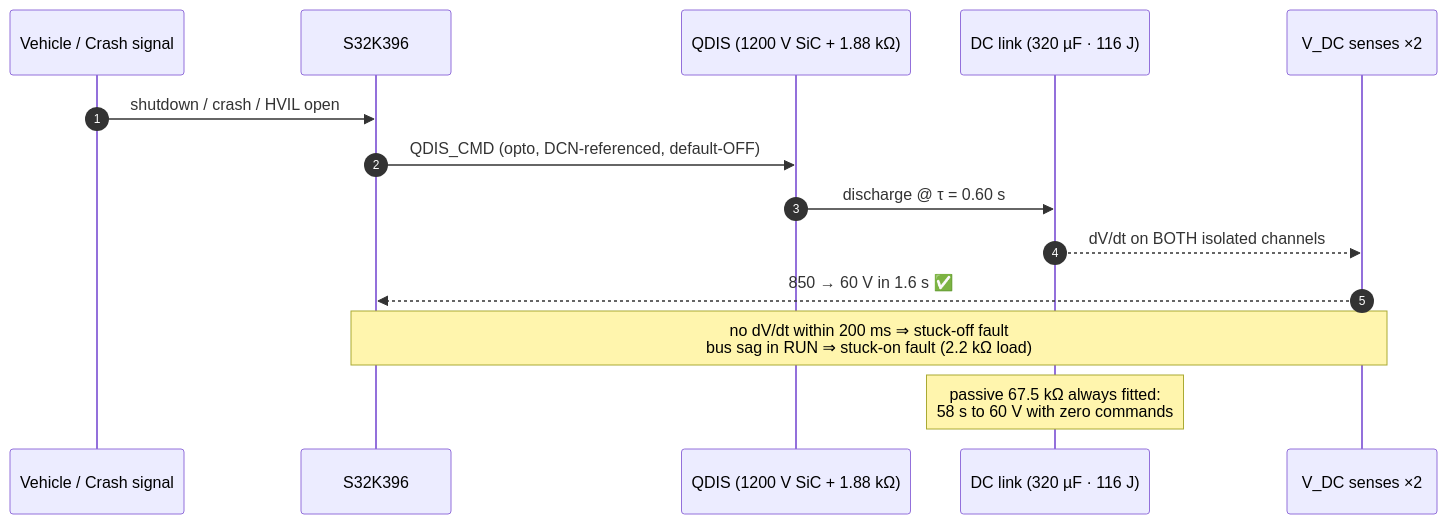
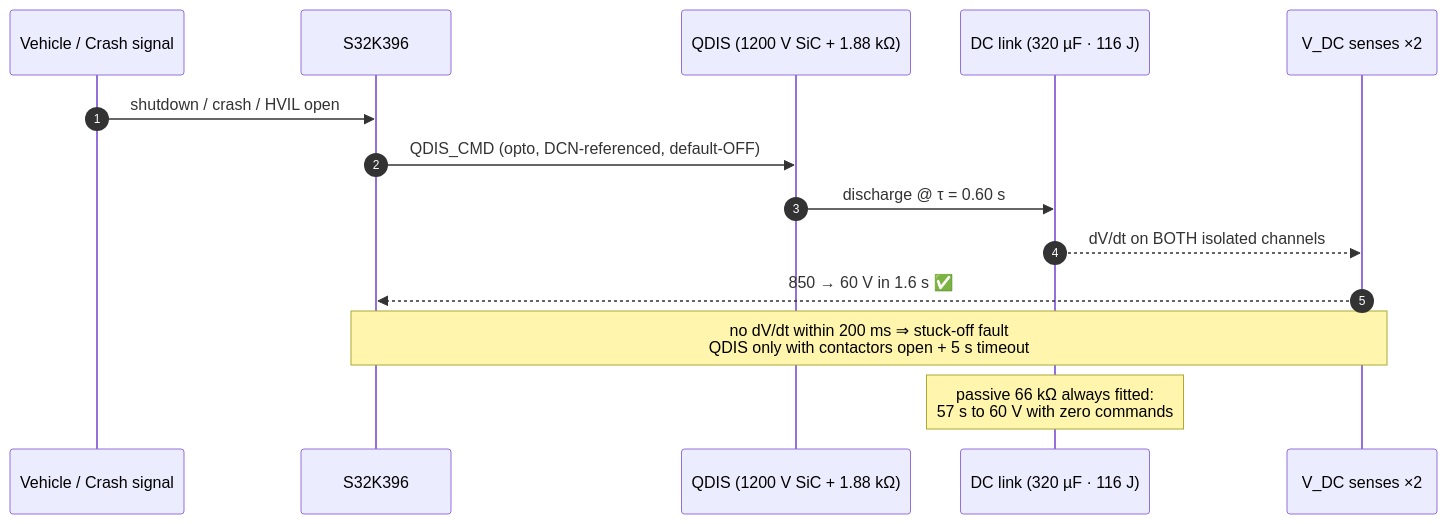
The fourth of 9 diagrams in README.md (vectivolt/Traction-Inverter-GEN-1), drawn with Mermaid before and after one commit. The commit also changed other lines of this file and 63 other files, not shown here.

````diff
--- a/README.md
+++ b/README.md
@@ -282,16 +285,16 @@
 ```mermaid
 sequenceDiagram
     autonumber
     participant V as Vehicle / Crash signal
     participant M as S32K396
     participant Q as QDIS (1200 V SiC + 1.88 kΩ)
     participant C as DC link (320 µF · 116 J)
     participant S as V_DC senses ×2
     V->>M: shutdown / crash / HVIL open
     M->>Q: QDIS_CMD (opto, DCN-referenced, default-OFF)
     Q->>C: discharge @ τ = 0.60 s
     C-->>S: dV/dt on BOTH isolated channels
     S-->>M: 850 → 60 V in 1.6 s ✅
-    Note over M,S: no dV/dt within 200 ms ⇒ stuck-off fault<br/>bus sag in RUN ⇒ stuck-on fault (2.2 kΩ load)
-    Note over C: passive 67.5 kΩ always fitted:<br/>58 s to 60 V with zero commands
+    Note over M,S: no dV/dt within 200 ms ⇒ stuck-off fault<br/>QDIS only with contactors open + 5 s timeout
+    Note over C: passive 66 kΩ always fitted:<br/>57 s to 60 V with zero commands
 ```
````
